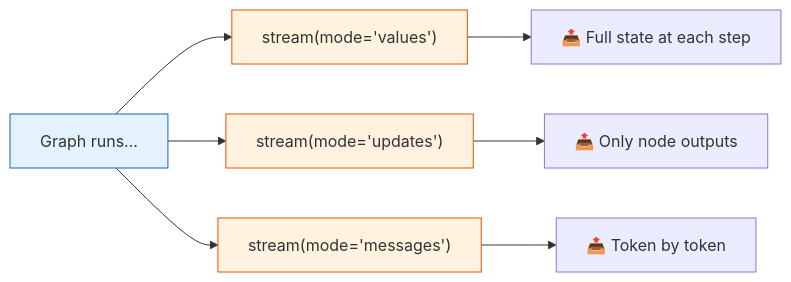
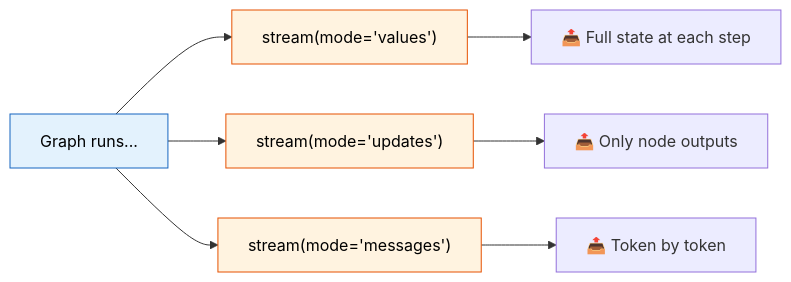
The diagram in 31_streaming_langgraph/README.md (remolaan/Agentic-AI-Cookbook), drawn with Mermaid before and after one commit. The commit also changed 45 other files, not shown here.

Commit message:
Fix Mermaid diagram text colors for readability across all READMEs

````diff
--- a/31_streaming_langgraph/README.md
+++ b/31_streaming_langgraph/README.md
@@ -7,13 +7,13 @@
 ```mermaid
 flowchart LR
     G["Graph runs..."] --> S["stream(mode='values')"]
     S --> P1["📤 Full state at each step"]
     G --> S2["stream(mode='updates')"]
     S2 --> P2["📤 Only node outputs"]
     G --> S3["stream(mode='messages')"]
     S3 --> P3["📤 Token by token"]
-    style G fill:#e3f2fd,stroke:#1565c0
-    style S fill:#fff3e0,stroke:#e65100
-    style S2 fill:#fff3e0,stroke:#e65100
-    style S3 fill:#fff3e0,stroke:#e65100
+    style G fill:#e3f2fd,stroke:#1565c0,color:#000000
+    style S fill:#fff3e0,stroke:#e65100,color:#000000
+    style S2 fill:#fff3e0,stroke:#e65100,color:#000000
+    style S3 fill:#fff3e0,stroke:#e65100,color:#000000
 ```
````
